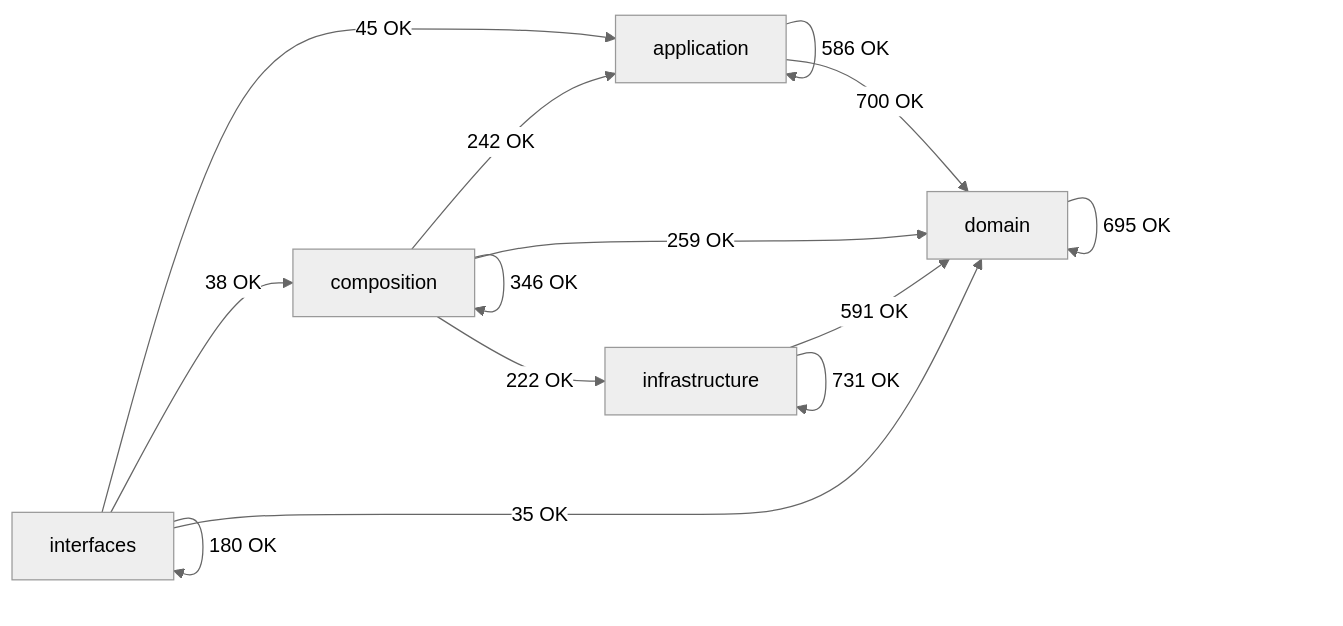
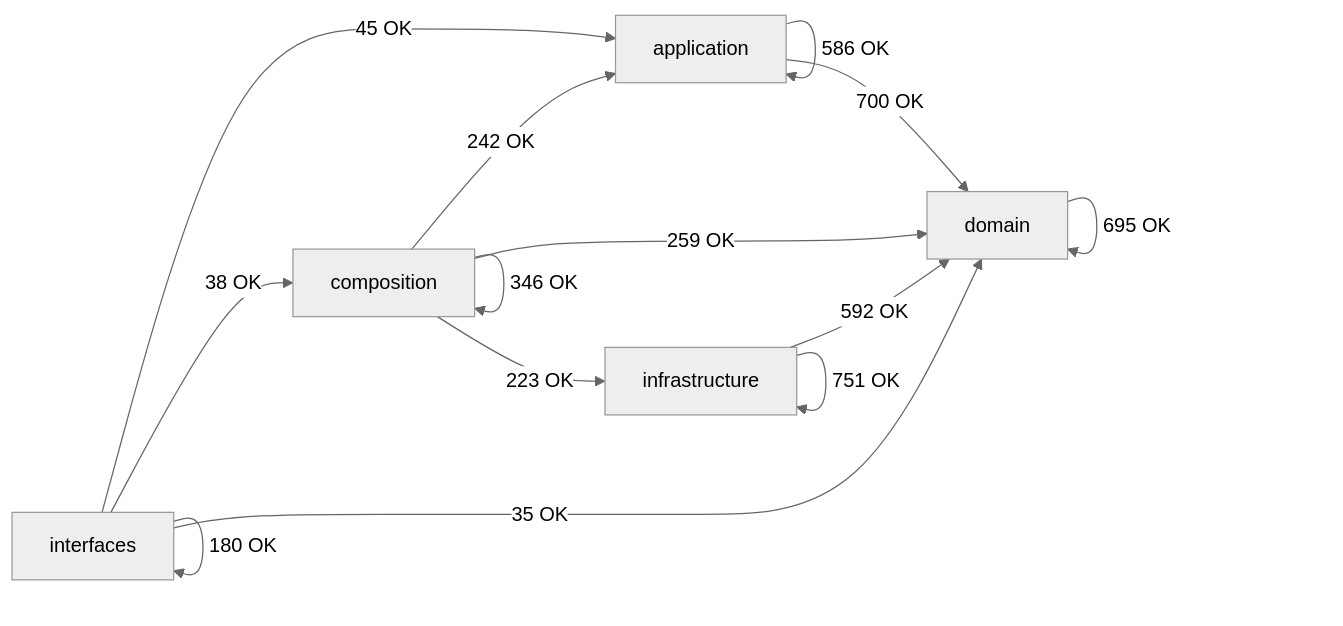
One commit to SatoryKono/BioactivityDataAcquisition changed the diagram in docs/02-architecture/generated/module-dependency-map.md. Above: the diagram before and after it, drawn with Mermaid (neutral theme). The commit also changed other lines of this file and 74 other files, not shown here.

````diff
--- a/docs/02-architecture/generated/module-dependency-map.md
+++ b/docs/02-architecture/generated/module-dependency-map.md
@@ -17,21 +17,21 @@
 ```mermaid
 flowchart LR
     domain[domain]
     application[application]
     infrastructure[infrastructure]
     composition[composition]
     interfaces[interfaces]
     application -->|586 OK| application
     application -->|700 OK| domain
     composition -->|242 OK| application
     composition -->|346 OK| composition
     composition -->|259 OK| domain
-    composition -->|222 OK| infrastructure
+    composition -->|223 OK| infrastructure
     domain -->|695 OK| domain
-    infrastructure -->|591 OK| domain
-    infrastructure -->|731 OK| infrastructure
+    infrastructure -->|592 OK| domain
+    infrastructure -->|751 OK| infrastructure
     interfaces -->|45 OK| application
     interfaces -->|38 OK| composition
     interfaces -->|35 OK| domain
     interfaces -->|180 OK| interfaces
 ```
````
